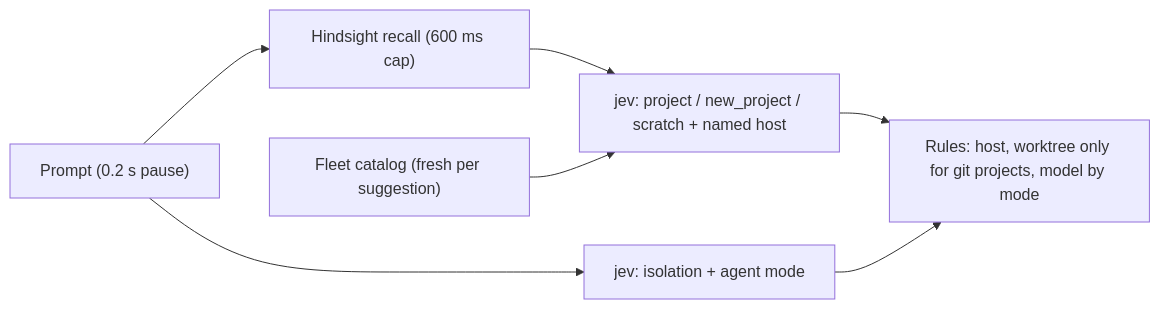
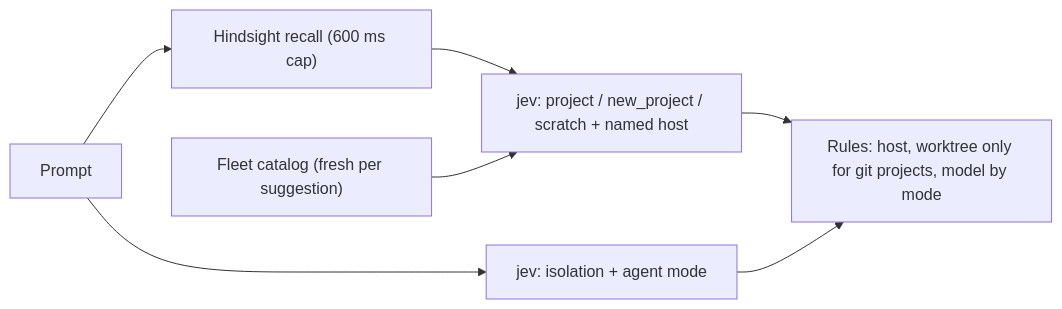
The diagram in docs/routing.md (iammvaibhav/paseo), drawn with Mermaid before and after one commit. The commit also changed other lines of this file and 13 other files, not shown here.

````diff
--- a/docs/routing.md
+++ b/docs/routing.md
@@ -7,9 +9,9 @@
 ```mermaid
 flowchart LR
-  P["Prompt (0.2 s pause)"] --> B["jev: isolation + agent mode"]
+  P["Prompt"] --> B["jev: isolation + agent mode"]
   P --> H["Hindsight recall (600 ms cap)"]
   H --> A["jev: project / new_project / scratch + named host"]
   C["Fleet catalog (fresh per suggestion)"] --> A
   A --> R["Rules: host, worktree only for git projects, model by mode"]
   B --> R
 ```
````
